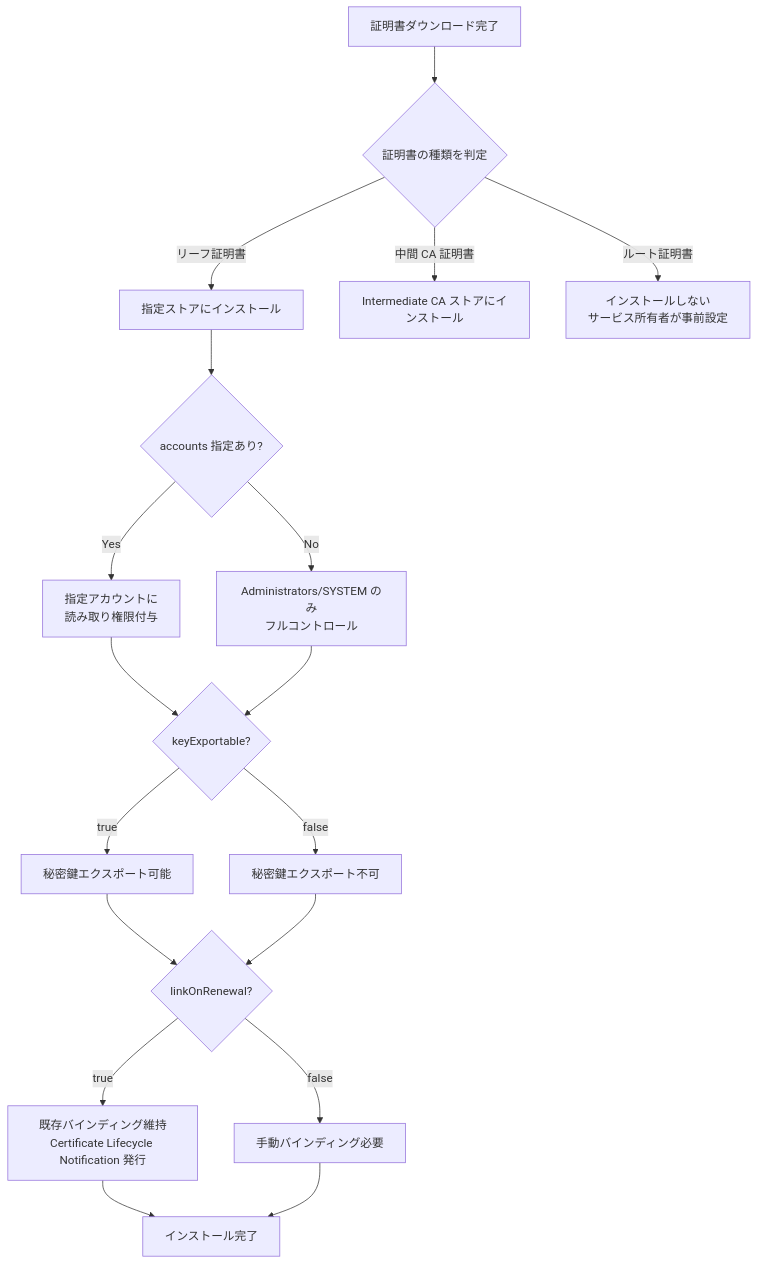
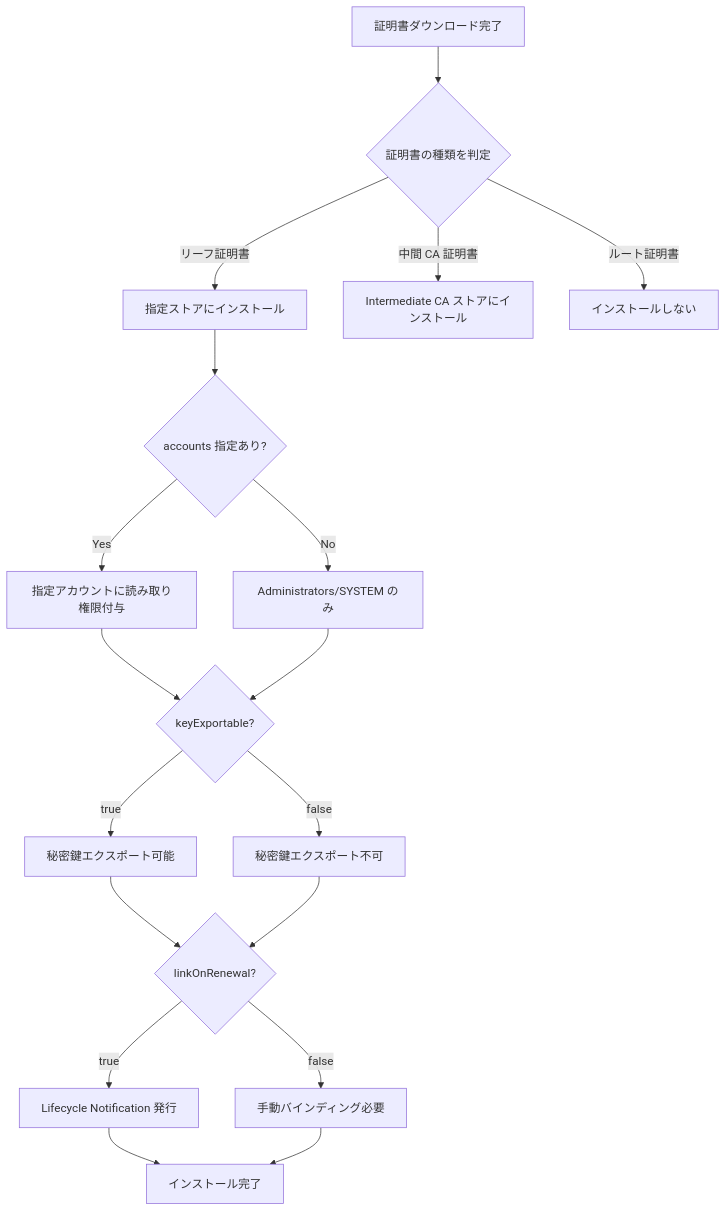
Before and after one commit to zukakosan/blog-tech: the fourth of 7 diagrams in docs/azure/akvvm-mermaid.md, drawn with Mermaid. The commit also changed other lines of this file and 2 other files, not shown here.

Commit message:
Rename mermaid agent for Zenn and update Mermaid diagrams to render correctly (use `<br/>`, quote labels)

````diff
--- a/docs/azure/akvvm-mermaid.md
+++ b/docs/azure/akvvm-mermaid.md
@@ -86,27 +82,27 @@
 ```mermaid
 flowchart TD
-    A[証明書ダウンロード完了] --> B{証明書の種類を判定}
+    A["証明書ダウンロード完了"] --> B{"証明書の種類を判定"}
     
-    B -->|リーフ証明書| C[指定ストアにインストール]
-    B -->|中間 CA 証明書| D[Intermediate CA ストアにインストール]
-    B -->|ルート証明書| E[インストールしない\nサービス所有者が事前設定]
+    B -->|"リーフ証明書"| C["指定ストアにインストール"]
+    B -->|"中間 CA 証明書"| D["Intermediate CA ストアにインストール"]
+    B -->|"ルート証明書"| E["インストールしない"]
     
-    C --> F{accounts 指定あり?}
-    F -->|Yes| G[指定アカウントに\n読み取り権限付与]
-    F -->|No| H[Administrators/SYSTEM のみ\nフルコントロール]
+    C --> F{"accounts 指定あり?"}
+    F -->|"Yes"| G["指定アカウントに読み取り権限付与"]
+    F -->|"No"| H["Administrators/SYSTEM のみ"]
     
-    G --> I{keyExportable?}
+    G --> I{"keyExportable?"}
     H --> I
     
-    I -->|true| J[秘密鍵エクスポート可能]
-    I -->|false| K[秘密鍵エクスポート不可]
+    I -->|"true"| J["秘密鍵エクスポート可能"]
+    I -->|"false"| K["秘密鍵エクスポート不可"]
     
-    J --> L{linkOnRenewal?}
+    J --> L{"linkOnRenewal?"}
     K --> L
     
-    L -->|true| M[既存バインディング維持\nCertificate Lifecycle Notification 発行]
-    L -->|false| N[手動バインディング必要]
+    L -->|"true"| M["Lifecycle Notification 発行"]
+    L -->|"false"| N["手動バインディング必要"]
     
-    M --> O[インストール完了]
+    M --> O["インストール完了"]
     N --> O
 ```
````
